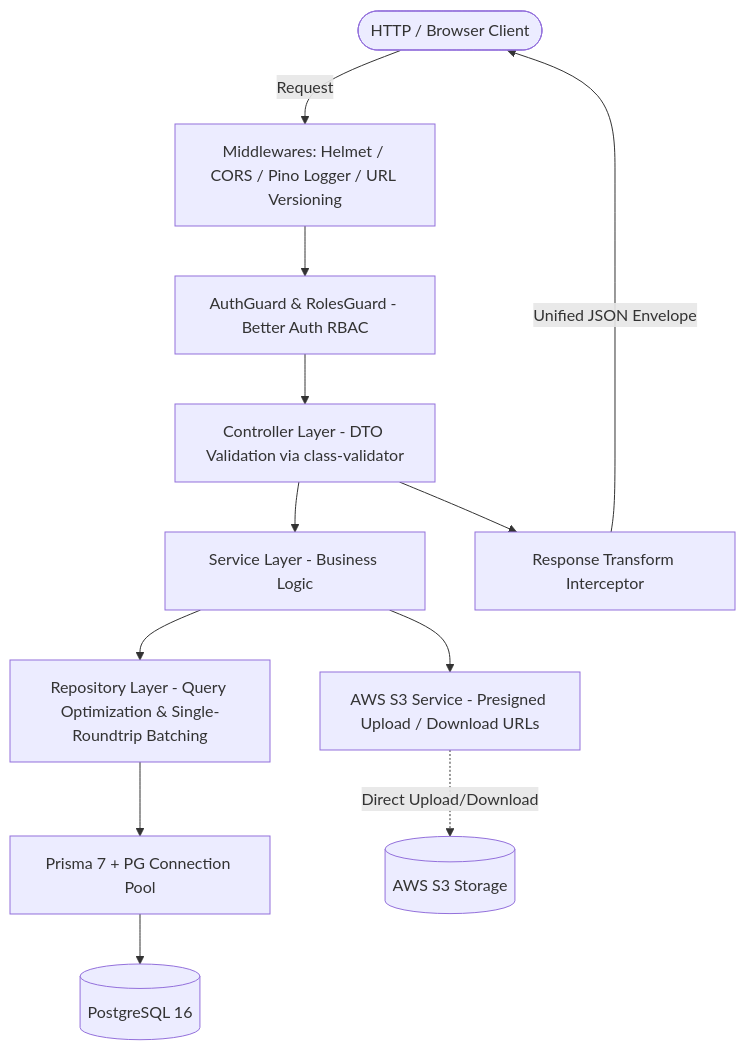
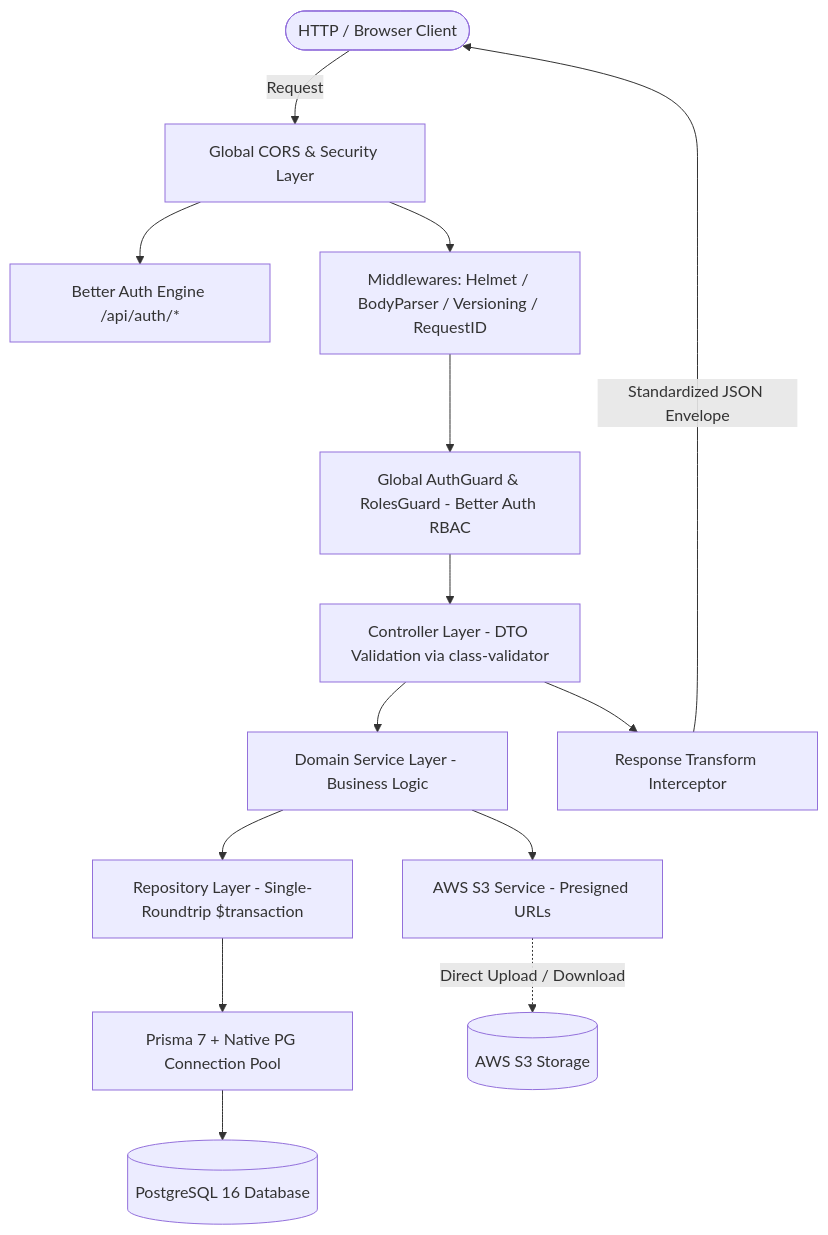
One commit to Amjad137/workinley-api changed the diagram in README.md. Above: the diagram before and after it, drawn with Mermaid. The commit also changed other lines of this file and 12 other files, not shown here.

````diff
--- a/README.md
+++ b/README.md
@@ -35,14 +37,16 @@
 ```mermaid
 flowchart TD
-    Client([HTTP / Browser Client]) -->|Request| Middleware[Middlewares: Helmet / CORS / Pino Logger / URL Versioning]
-    Middleware --> Guard[AuthGuard & RolesGuard - Better Auth RBAC]
-    Guard --> Controller[Controller Layer - DTO Validation via class-validator]
-    Controller --> Service[Service Layer - Business Logic]
-    Service --> Repository[Repository Layer - Query Optimization & Single-Roundtrip Batching]
-    Service --> S3Service[AWS S3 Service - Presigned Upload / Download URLs]
-    Repository --> Prisma[Prisma 7 + PG Connection Pool]
-    Prisma --> Postgres[(PostgreSQL 16)]
-    S3Service -.->|Direct Upload/Download| S3Bucket[(AWS S3 Storage)]
-    Controller --> Interceptor[Response Transform Interceptor]
-    Interceptor -->|Unified JSON Envelope| Client
+    Client([HTTP / Browser Client]) -->|Request| GlobalCORS[Global CORS & Security Layer]
+    GlobalCORS --> BetterAuthNode[Better Auth Engine /api/auth/*]
+    GlobalCORS --> Middlewares[Middlewares: Helmet / BodyParser / Versioning / RequestID]
+    Middlewares --> AuthGuard[Global AuthGuard & RolesGuard - Better Auth RBAC]
+    AuthGuard --> Controllers[Controller Layer - DTO Validation via class-validator]
+    Controllers --> Services[Domain Service Layer - Business Logic]
+    Services --> Repositories[Repository Layer - Single-Roundtrip $transaction]
+    Services --> S3Service[AWS S3 Service - Presigned URLs]
+    Repositories --> PrismaClient[Prisma 7 + Native PG Connection Pool]
+    PrismaClient --> PostgreSQL[(PostgreSQL 16 Database)]
+    S3Service -.->|Direct Upload / Download| S3Bucket[(AWS S3 Storage)]
+    Controllers --> Interceptor[Response Transform Interceptor]
+    Interceptor -->|Standardized JSON Envelope| Client
 ```
````
